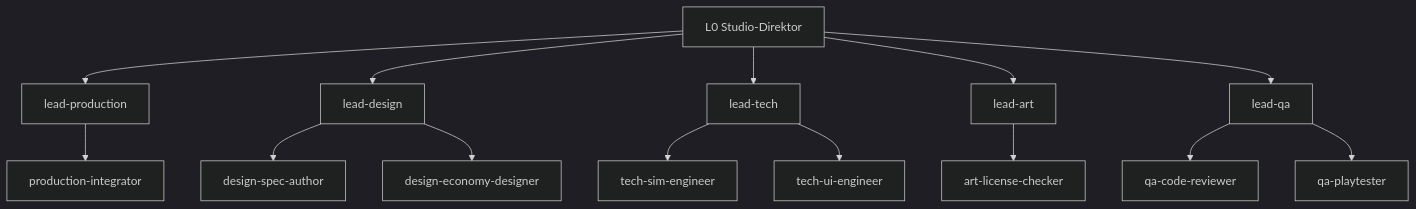
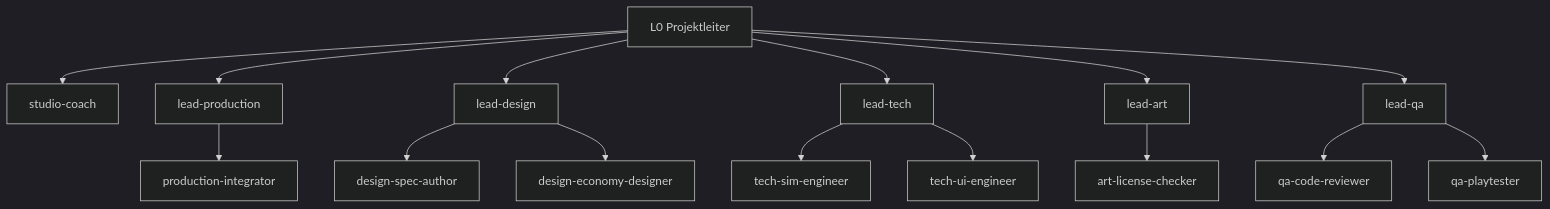
One commit to konstantinniedermann/Inselreich changed the first of 2 diagrams in docs/studio/STUDIO.md. Above: the diagram before and after it, drawn with Mermaid (dark theme). The commit also changed other lines of this file and 28 other files, not shown here.

````diff
--- a/docs/studio/STUDIO.md
+++ b/docs/studio/STUDIO.md
@@ -17,17 +27,18 @@
 ```mermaid
 flowchart TD
-  L0[L0 Studio-Direktor]
+  L0[L0 Projektleiter]
+  L0 --> C[studio-coach]
   L0 --> P[lead-production]
   L0 --> D[lead-design]
   L0 --> T[lead-tech]
   L0 --> A[lead-art]
   L0 --> Q[lead-qa]
   P --> P1[production-integrator]
   D --> D1[design-spec-author]
   D --> D2[design-economy-designer]
   T --> T1[tech-sim-engineer]
   T --> T2[tech-ui-engineer]
   A --> A1[art-license-checker]
   Q --> Q1[qa-code-reviewer]
   Q --> Q2[qa-playtester]
 ```
````
